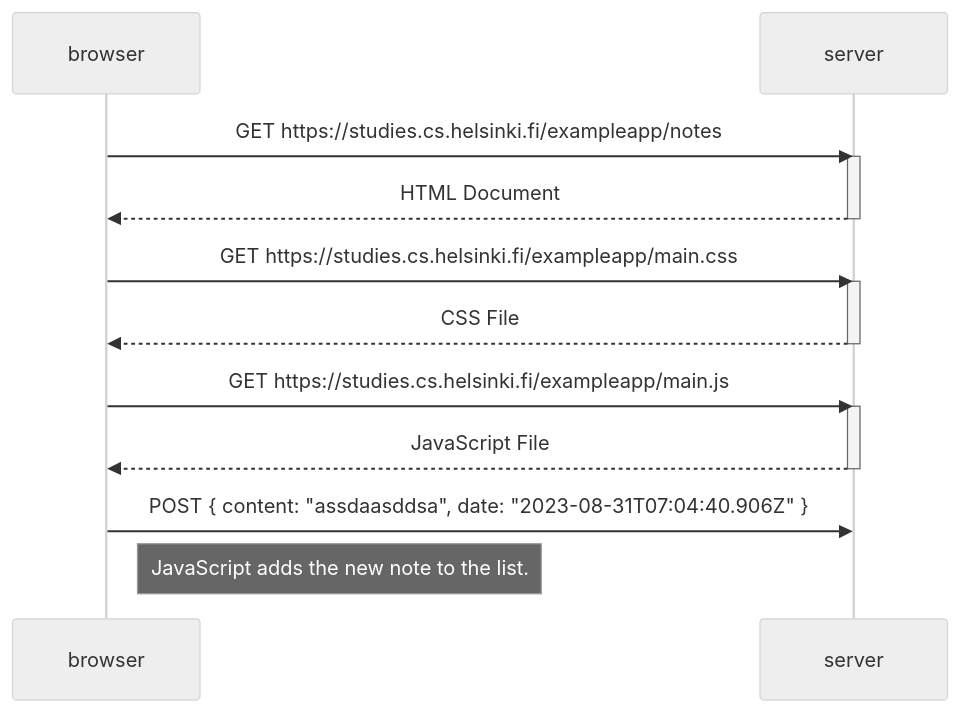
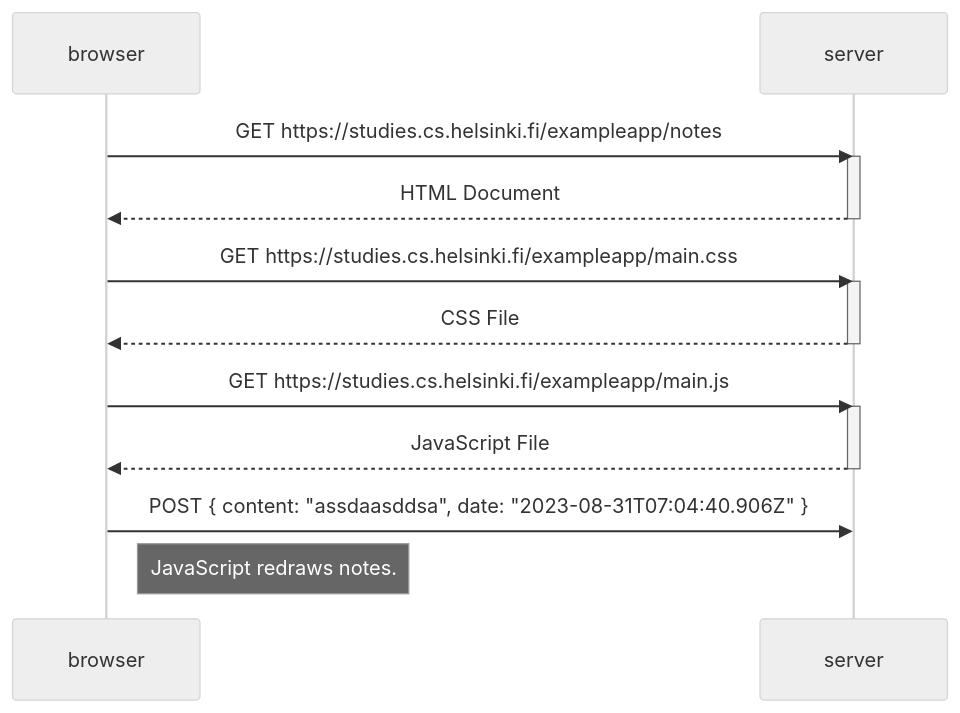
Before and after one commit to valtteriper/FullstackOpen: the diagram in part_0.5.md, drawn with Mermaid (neutral theme).

````diff
--- a/part_0.5.md
+++ b/part_0.5.md
@@ -1,25 +1,25 @@
 ```mermaid
 sequenceDiagram
     participant browser
     participant server
     
     browser->>server: GET https://studies.cs.helsinki.fi/exampleapp/notes
     activate server
     server-->>browser: HTML Document
     deactivate server
 
     browser->>server: GET https://studies.cs.helsinki.fi/exampleapp/main.css
     activate server
     server-->>browser: CSS File
     deactivate server
 
     browser->>server: GET https://studies.cs.helsinki.fi/exampleapp/main.js
     activate server
     server-->>browser: JavaScript File
     deactivate server
 
     browser->>server: POST { content: "assdaasddsa", date: "2023-08-31T07:04:40.906Z" }
 
-Note right of browser: JavaScript adds the new note to the list.
+Note right of browser: JavaScript redraws notes.
 
 ```
````
